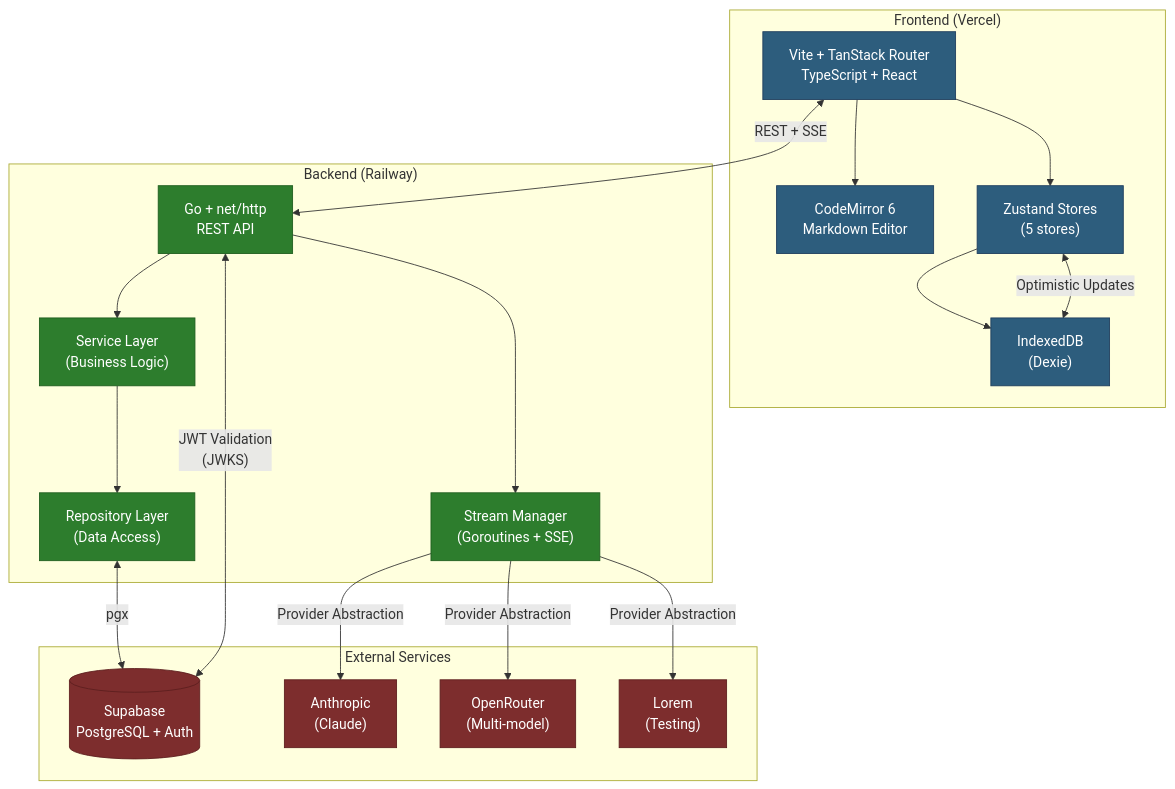
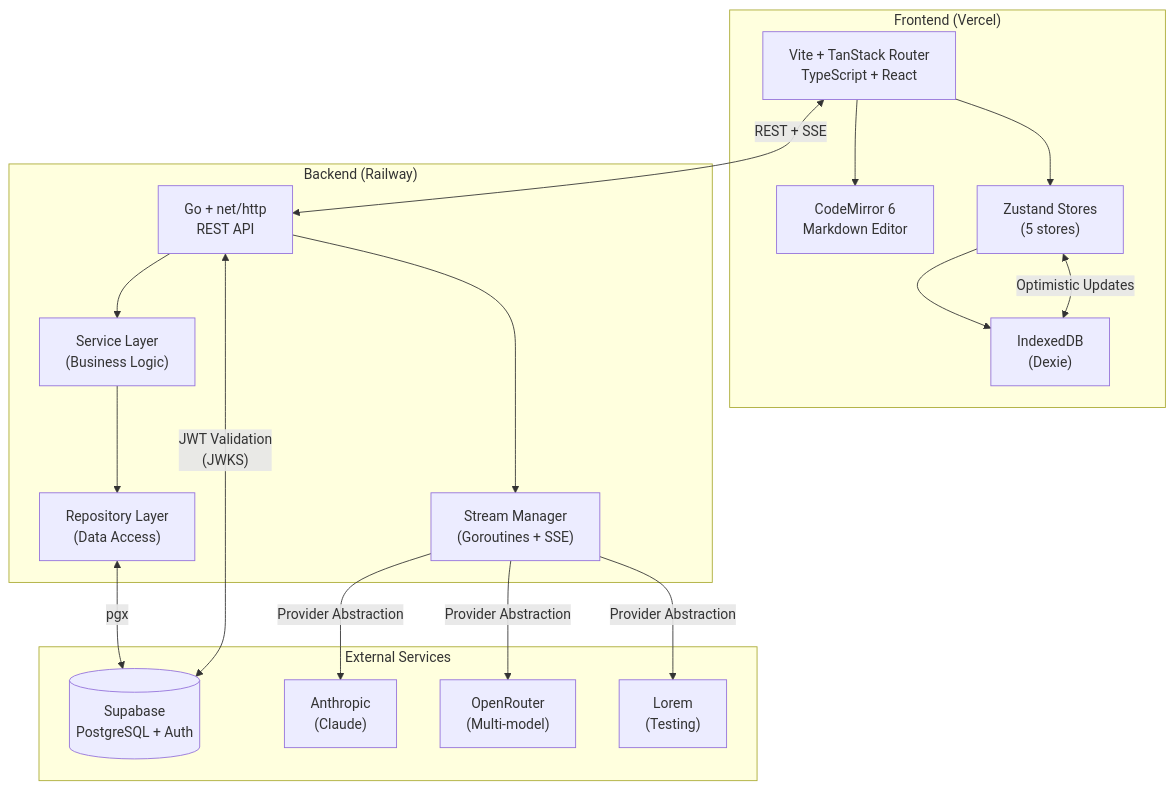
Before and after one commit to haowjy/meridian-flow: the first of 4 diagrams in _docs/high-level/4-technical-overview.md, drawn with Mermaid. The commit also changed 46 other files, not shown here.

````diff
--- a/_docs/high-level/4-technical-overview.md
+++ b/_docs/high-level/4-technical-overview.md
@@ -21,47 +21,44 @@
 ```mermaid
 flowchart TB
     subgraph "Frontend (Vercel)"
         UI["Vite + TanStack Router\nTypeScript + React"]
         CM["CodeMirror 6\nMarkdown Editor"]
         Store["Zustand Stores\n(5 stores)"]
         Cache["IndexedDB\n(Dexie)"]
 
         UI --> CM
         UI --> Store
         Store --> Cache
     end
 
     subgraph "Backend (Railway)"
         API["Go + net/http\nREST API"]
         Service["Service Layer\n(Business Logic)"]
         Repo["Repository Layer\n(Data Access)"]
         Stream["Stream Manager\n(Goroutines + SSE)"]
 
         API --> Service
         Service --> Repo
         API --> Stream
     end
 
     subgraph "External Services"
         DB[("Supabase\nPostgreSQL + Auth")]
         LLM1["Anthropic\n(Claude)"]
         LLM2["OpenRouter\n(Multi-model)"]
         LLM3["Lorem\n(Testing)"]
     end
 
     UI <-->|"REST + SSE"| API
     Store <-->|"Optimistic Updates"| Cache
     Repo <-->|"pgx"| DB
     Stream -->|"Provider Abstraction"| LLM1
     Stream -->|"Provider Abstraction"| LLM2
     Stream -->|"Provider Abstraction"| LLM3
     API <-->|"JWT Validation\n(JWKS)"| DB
 
-    classDef frontend fill:#2d5d7d,stroke:#1e3d5d,color:#fff
-    classDef backend fill:#2d7d2d,stroke:#1e5d1e,color:#fff
-    classDef external fill:#7d2d2d,stroke:#5d1e1e,color:#fff
 
     class UI,CM,Store,Cache frontend
     class API,Service,Repo,Stream backend
     class DB,LLM1,LLM2,LLM3 external
 ```
````
